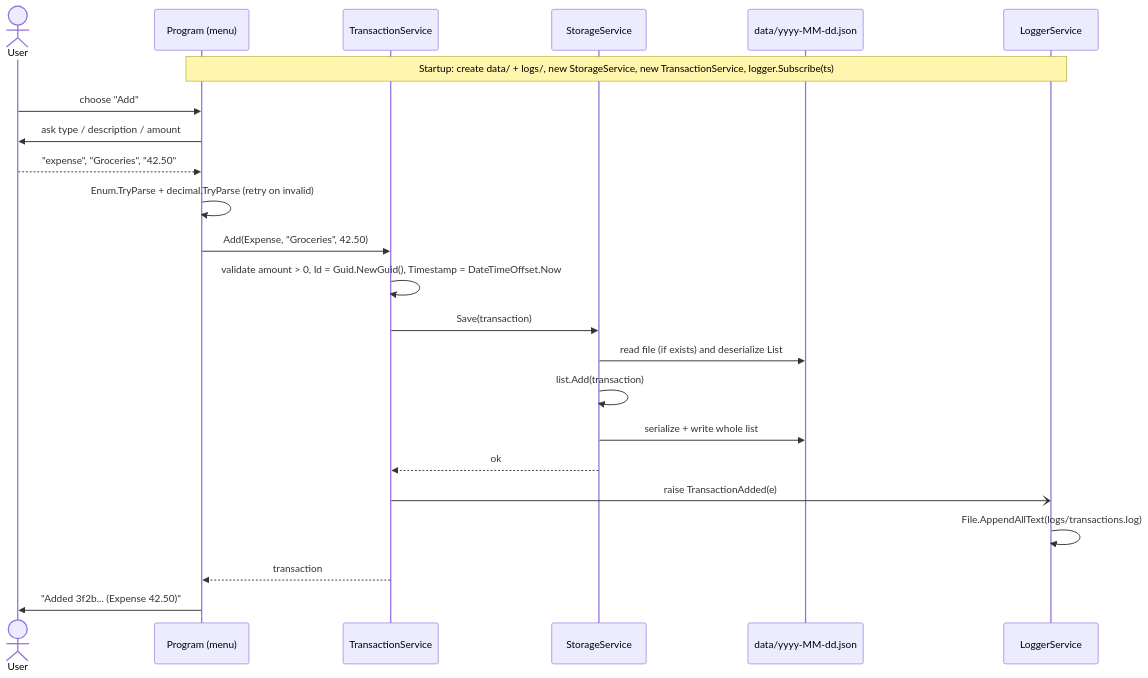
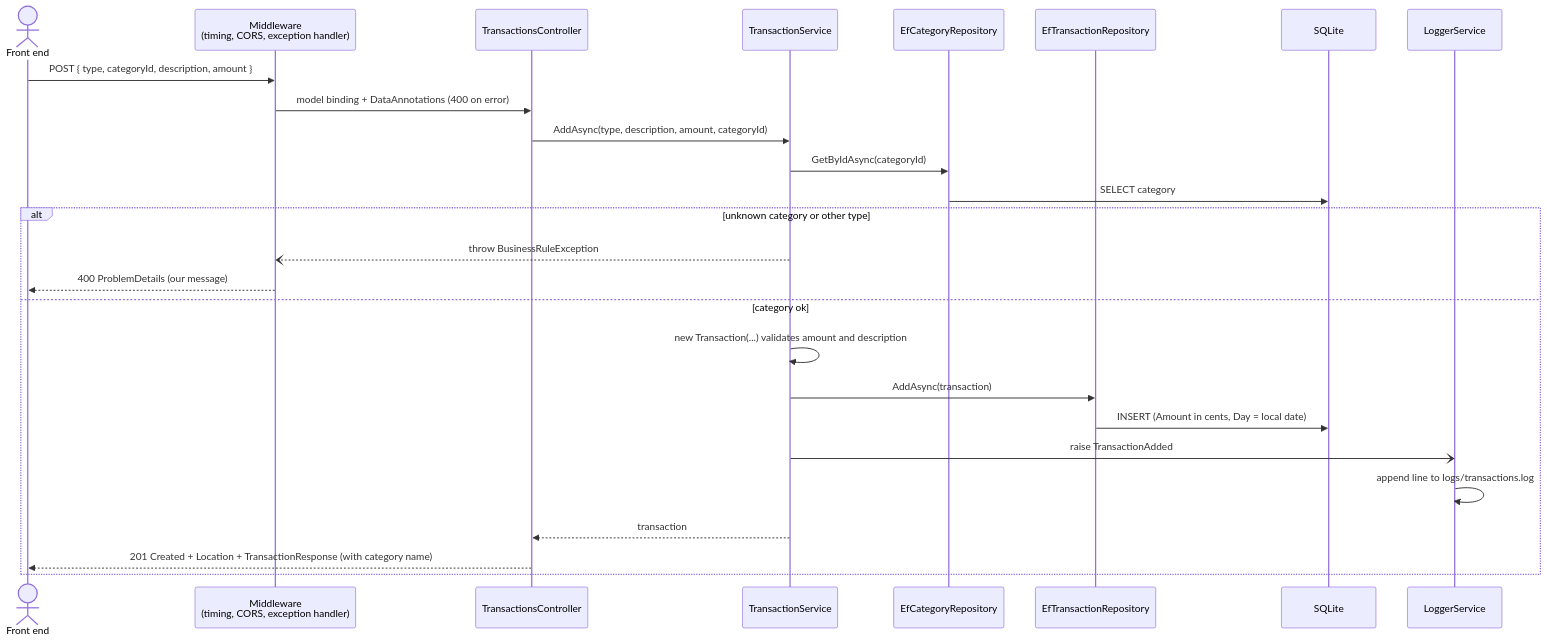
Before and after one commit to MonkeyDNaara/CashStack: the fourth of 5 diagrams in docs/planning/UML.md, drawn with Mermaid. The commit also changed other lines of this file and 1 other file, not shown here.

First line of the commit message:
docs: update README and UML for API, EF Core, categories and tests

````diff
--- a/docs/planning/UML.md
+++ b/docs/planning/UML.md
@@ -89,27 +220,29 @@
 ```mermaid
 sequenceDiagram
-    actor User
-    participant P as Program (menu)
+    actor Client as Front end
+    participant MW as Middleware<br/>(timing, CORS, exception handler)
+    participant C as TransactionsController
     participant TS as TransactionService
-    participant SS as StorageService
-    participant FS as data/yyyy-MM-dd.json
+    participant CR as EfCategoryRepository
+    participant TR as EfTransactionRepository
+    participant DB as SQLite
     participant L as LoggerService
 
-    Note over P,L: Startup: create data/ + logs/, new StorageService, new TransactionService, logger.Subscribe(ts)
-
-    User->>P: choose "Add"
-    P->>User: ask type / description / amount
-    User-->>P: "expense", "Groceries", "42.50"
-    P->>P: Enum.TryParse + decimal.TryParse (retry on invalid)
-    P->>TS: Add(Expense, "Groceries", 42.50)
-    TS->>TS: validate amount > 0, Id = Guid.NewGuid(), Timestamp = DateTimeOffset.Now
-    TS->>SS: Save(transaction)
-    SS->>FS: read file (if exists) and deserialize List
-    SS->>SS: list.Add(transaction)
-    SS->>FS: serialize + write whole list
-    SS-->>TS: ok
-    TS-)L: raise TransactionAdded(e)
-    L->>L: File.AppendAllText(logs/transactions.log)
-    TS-->>P: transaction
-    P->>User: "Added 3f2b... (Expense 42.50)"
+    Client->>MW: POST { type, categoryId, description, amount }
+    MW->>C: model binding + DataAnnotations (400 on error)
+    C->>TS: AddAsync(type, description, amount, categoryId)
+    TS->>CR: GetByIdAsync(categoryId)
+    CR->>DB: SELECT category
+    alt unknown category or other type
+        TS--)MW: throw BusinessRuleException
+        MW-->>Client: 400 ProblemDetails (our message)
+    else category ok
+        TS->>TS: new Transaction(...) validates amount and description
+        TS->>TR: AddAsync(transaction)
+        TR->>DB: INSERT (Amount in cents, Day = local date)
+        TS-)L: raise TransactionAdded
+        L->>L: append line to logs/transactions.log
+        TS-->>C: transaction
+        C-->>Client: 201 Created + Location + TransactionResponse (with category name)
+    end
 ```
````
